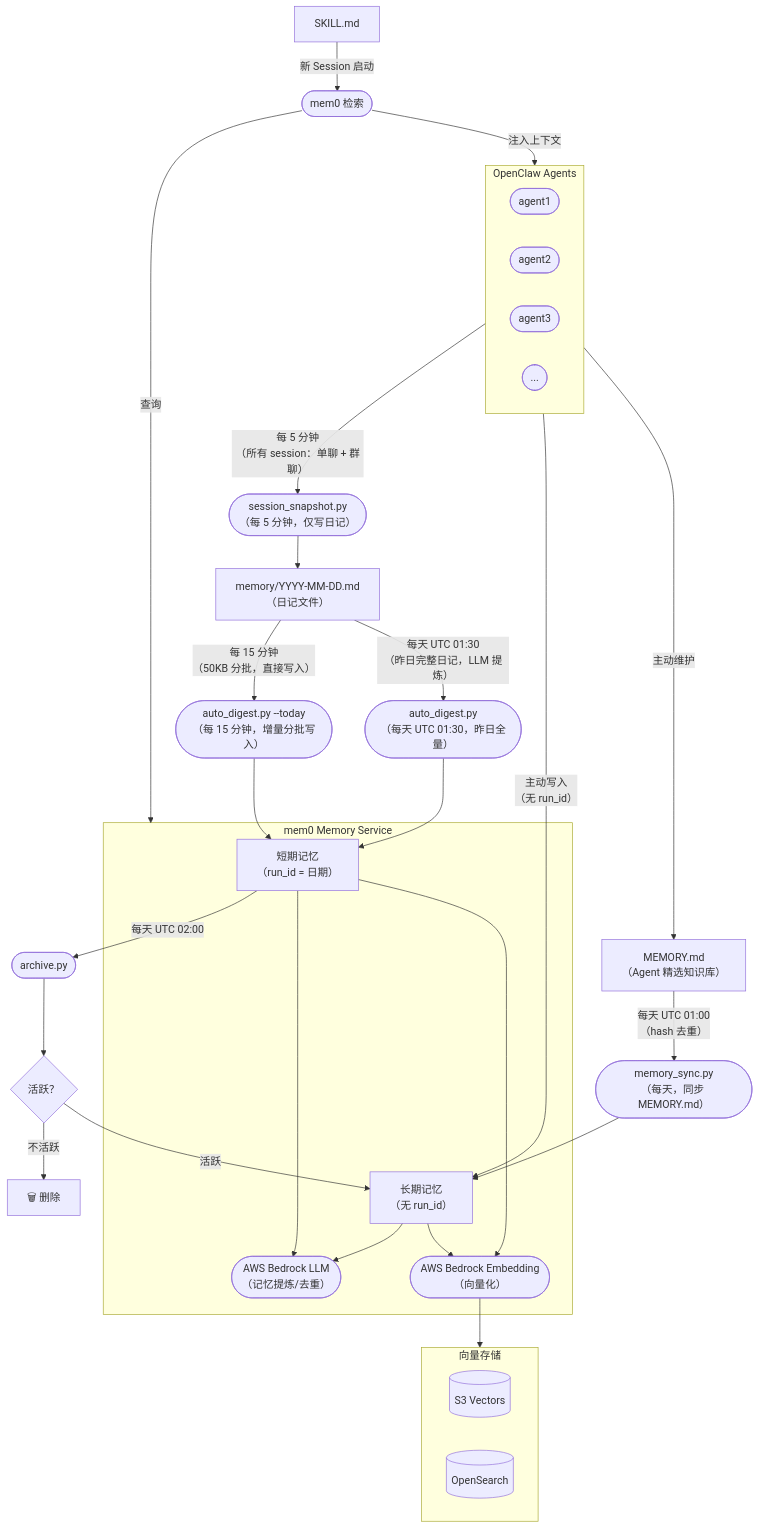
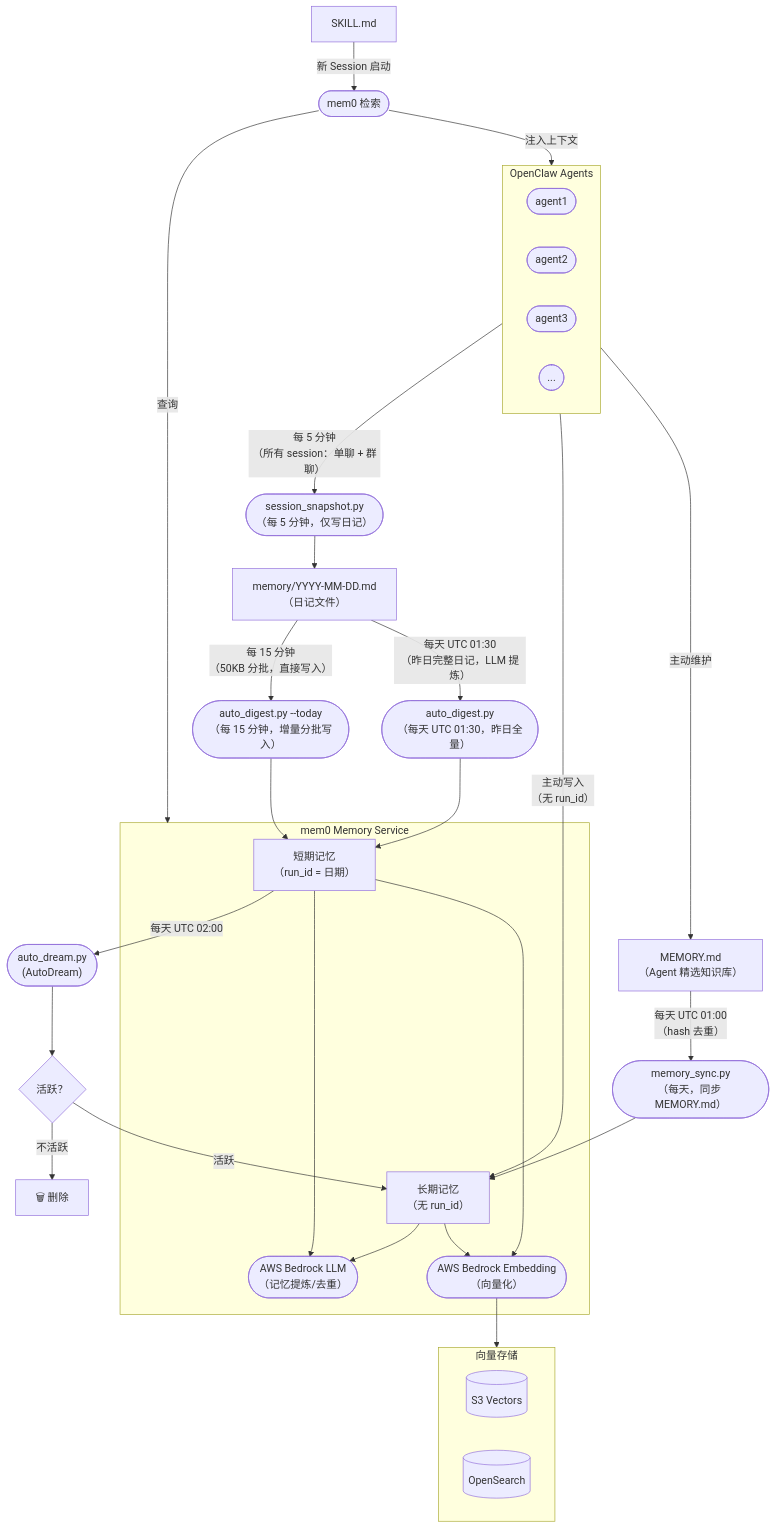
The diagram in docs/zh/guide/architecture.md (norrishuang/mem0-memory-service), drawn with Mermaid before and after one commit. The commit also changed other lines of this file and 5 other files, not shown here.

Commit message:
docs: update for AutoDream rename, pipelines/ structure, and section-aligned batch

````diff
--- a/docs/zh/guide/architecture.md
+++ b/docs/zh/guide/architecture.md
@@ -5,59 +5,59 @@
 ```mermaid
 flowchart TD
     subgraph Agents["OpenClaw Agents"]
         A1(["agent1"])
         A2(["agent2"])
         A3(["agent3"])
         A4(["..."])
     end
 
     Diary["memory/YYYY-MM-DD.md\n（日记文件）"]
     MemoryMD["MEMORY.md\n（Agent 精选知识库）"]
     Snap(["session_snapshot.py\n（每 5 分钟，仅写日记）"])
     DigestToday(["auto_digest.py --today\n（每 15 分钟，增量分批写入）"])
     DigestFull(["auto_digest.py\n（每天 UTC 01:30，昨日全量）"])
     Sync(["memory_sync.py\n（每天，同步 MEMORY.md）"])
-    Archive(["archive.py"])
+    Archive(["auto_dream.py\n(AutoDream)"])
 
     subgraph Mem0["mem0 Memory Service"]
         LLM(["AWS Bedrock LLM\n（记忆提炼/去重）"])
         Embed(["AWS Bedrock Embedding\n（向量化）"])
         STM["短期记忆\n（run_id = 日期）"]
         LTM["长期记忆\n（无 run_id）"]
     end
 
     Decision{"活跃？"}
 
     subgraph Store["向量存储"]
         S3[("S3 Vectors")]
         OS[("OpenSearch")]
     end
 
     SKILL["SKILL.md"]
     Retrieve(["mem0 检索"])
 
     Agents -- "每 5 分钟\n（所有 session：单聊 + 群聊）" --> Snap
     Agents -- "主动写入\n（无 run_id）" --> LTM
     Agents -- "主动维护" --> MemoryMD
     Snap --> Diary
     Diary -- "每 15 分钟\n（50KB 分批，直接写入）" --> DigestToday
     Diary -- "每天 UTC 01:30\n（昨日完整日记，LLM 提炼）" --> DigestFull
     MemoryMD -- "每天 UTC 01:00\n（hash 去重）" --> Sync
     DigestToday --> STM
     DigestFull --> STM
     Sync --> LTM
     STM -- "每天 UTC 02:00" --> Archive
     Archive --> Decision
     Decision -- "活跃" --> LTM
     Decision -- "不活跃" --> Del["🗑 删除"]
 
     STM --> LLM
     STM --> Embed
     LTM --> LLM
     LTM --> Embed
     Embed --> Store
 
     SKILL -- "新 Session 启动" --> Retrieve
     Retrieve -- "查询" --> Mem0
     Retrieve -- "注入上下文" --> Agents
 ```
````
